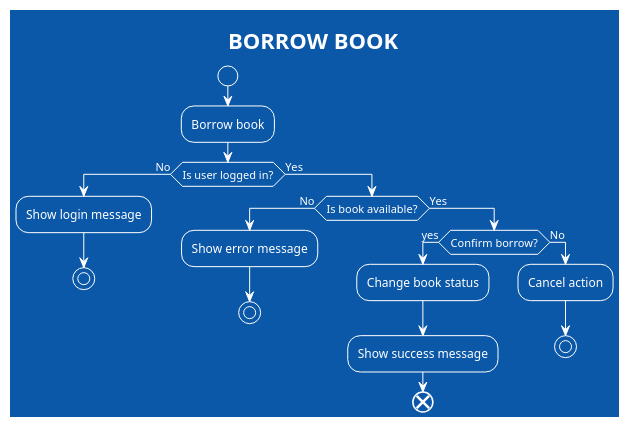
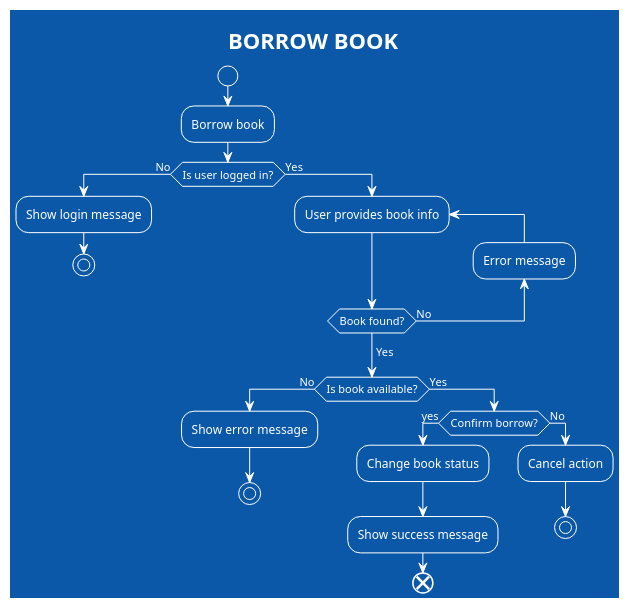
Before and after one commit to Gabe-Alvess/LibraryAppDiagrams: the fourth of 7 diagrams in flowcharts/flowchart-diagrams.md, drawn with PlantUML. The commit also changed 2 other files, not shown here.

````diff
--- a/flowcharts/flowchart-diagrams.md
+++ b/flowcharts/flowchart-diagrams.md
@@ -78,28 +78,32 @@
 ```plantuml
 
 @startuml
 
 !theme amiga
 title BORROW BOOK
 
 start
 :Borrow book;
 if (Is user logged in?) then (No)
 :Show login message;
 stop
 else (Yes)
+repeat:User provides book info;
+backward:Error message;
+repeat while (Book found?) is (No)
+->Yes;
 if (Is book available?) then (No)
 :Show error message;
 stop
 else (Yes)
 if (Confirm borrow?) then (yes)
 :Change book status;
 :Show success message;
 end
 else (No)
 :Cancel action;
 stop
 
 @enduml
 
 ```
````
